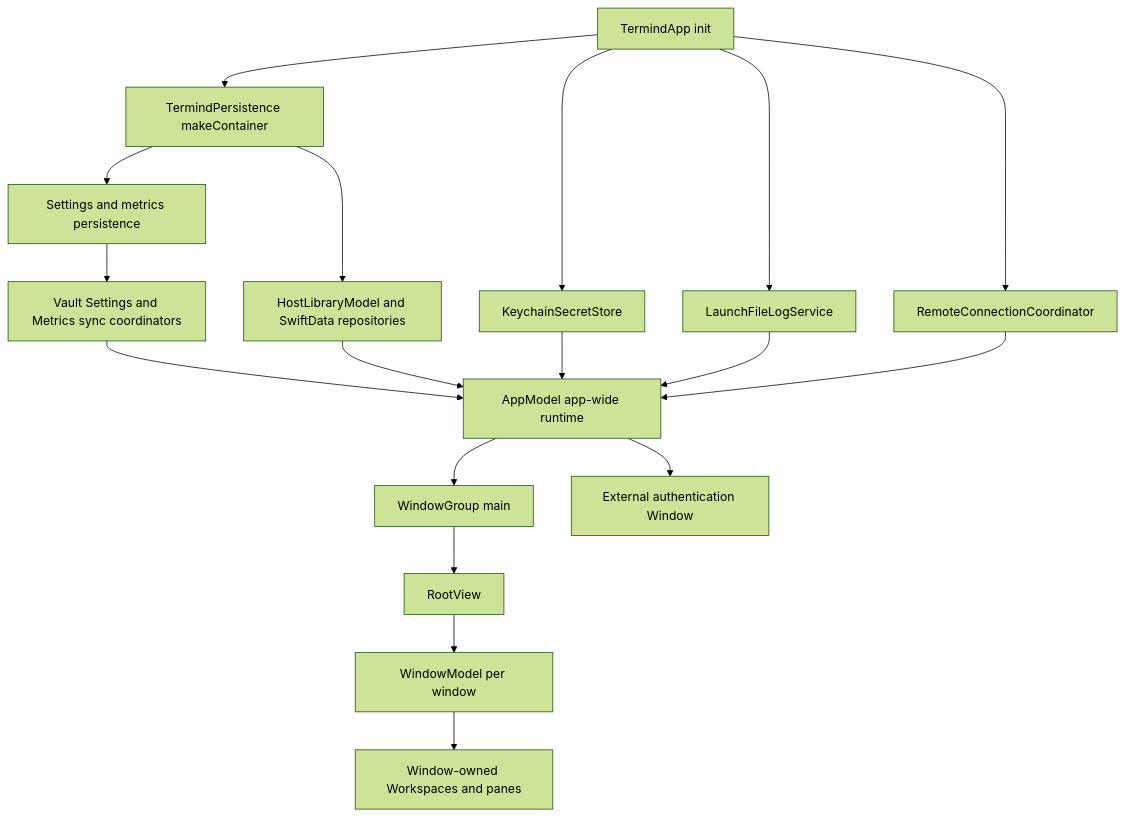
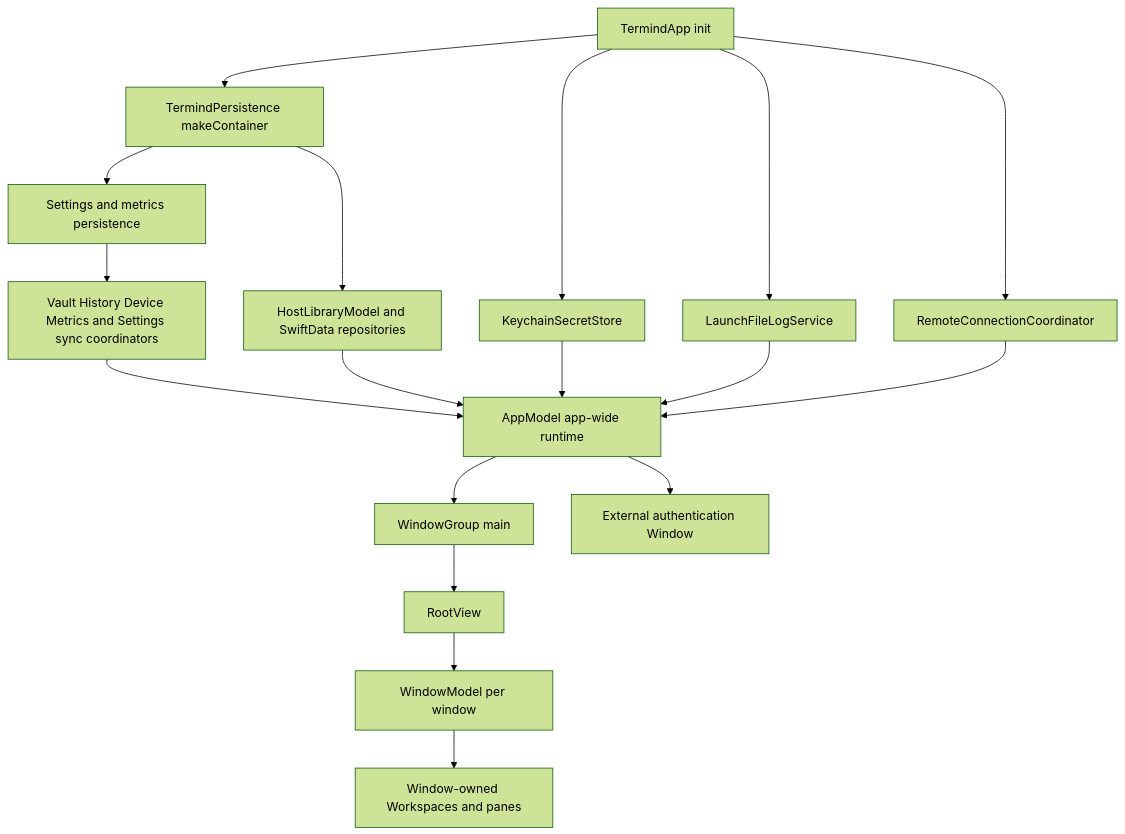
Before and after one commit to AkinoKaede/Termind: the first of 4 diagrams in openwiki/architecture/platform-runtime.md, drawn with Mermaid (forest theme). The commit also changed other lines of this file and 49 other files, not shown here.

````diff
--- a/openwiki/architecture/platform-runtime.md
+++ b/openwiki/architecture/platform-runtime.md
@@ -117,20 +119,20 @@
 ```mermaid
 flowchart TD
     Launch["TermindApp init"] --> Store["TermindPersistence makeContainer"]
     Store --> Persistence["Settings and metrics persistence"]
     Store --> Hosts["HostLibraryModel and SwiftData repositories"]
     Launch --> Secrets["KeychainSecretStore"]
     Launch --> Logging["LaunchFileLogService"]
     Launch --> Remote["RemoteConnectionCoordinator"]
-    Persistence --> Sync["Vault Settings and Metrics sync coordinators"]
+    Persistence --> Sync["Vault History Device Metrics and Settings sync coordinators"]
     Hosts --> App["AppModel app-wide runtime"]
     Secrets --> App
     Logging --> App
     Remote --> App
     Sync --> App
     App --> Group["WindowGroup main"]
     Group --> Root["RootView"]
     Root --> Window["WindowModel per window"]
     Window --> Workspace["Window-owned Workspaces and panes"]
     App --> AuthWindow["External authentication Window"]
 ```
````
